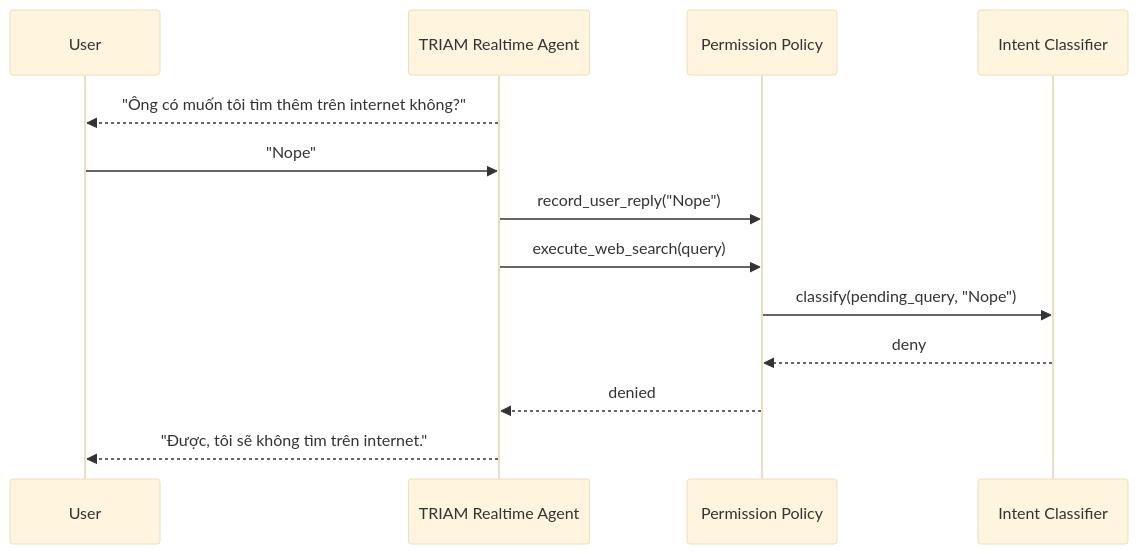
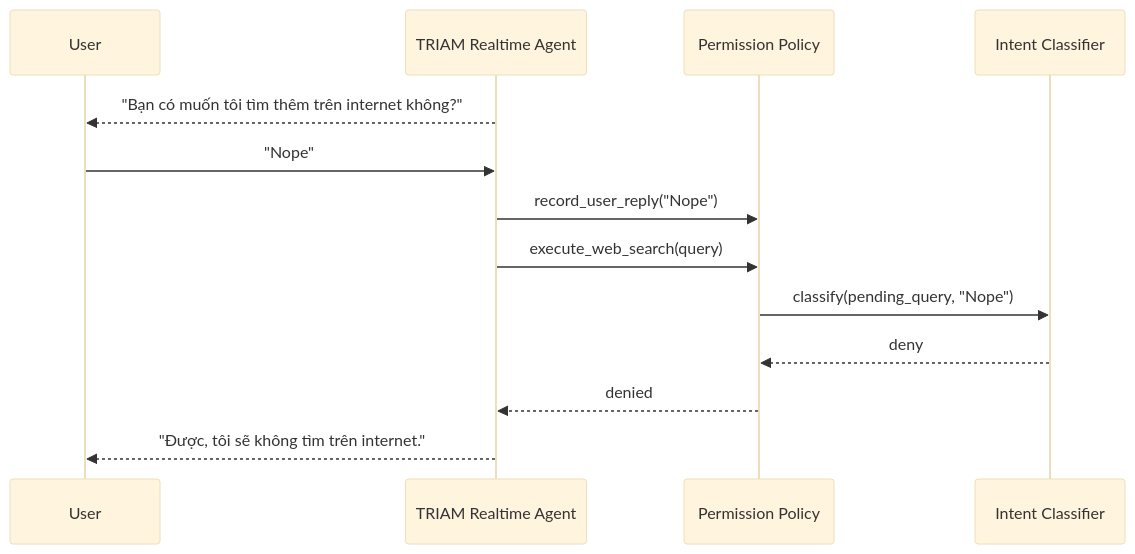
One commit to KhoaSinno/triam-backend changed the second of 3 diagrams in _docs_implemented/phase_7_1_voice_web_permission_intent_classifier_implementation_guide.md. Above: the diagram before and after it, drawn with Mermaid (base theme). The commit also changed other lines of this file and 12 other files, not shown here.

````diff
--- a/_docs_implemented/phase_7_1_voice_web_permission_intent_classifier_implementation_guide.md
+++ b/_docs_implemented/phase_7_1_voice_web_permission_intent_classifier_implementation_guide.md
@@ -559,16 +559,16 @@
 ```mermaid
 sequenceDiagram
     participant U as User
     participant A as TRIAM Realtime Agent
     participant P as Permission Policy
     participant C as Intent Classifier
 
-    A-->>U: "Ông có muốn tôi tìm thêm trên internet không?"
+    A-->>U: "Bạn có muốn tôi tìm thêm trên internet không?"
     U->>A: "Nope"
     A->>P: record_user_reply("Nope")
     A->>P: execute_web_search(query)
     P->>C: classify(pending_query, "Nope")
     C-->>P: deny
     P-->>A: denied
     A-->>U: "Được, tôi sẽ không tìm trên internet."
 ```
````
